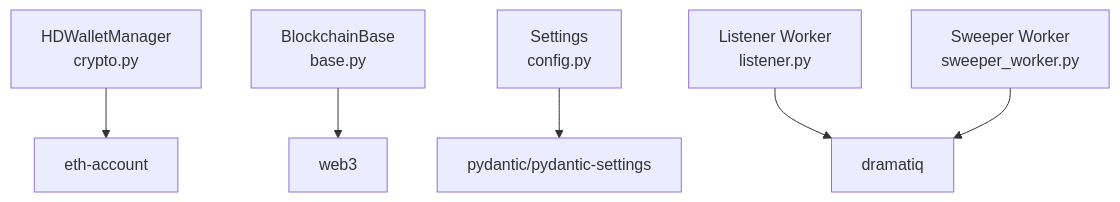
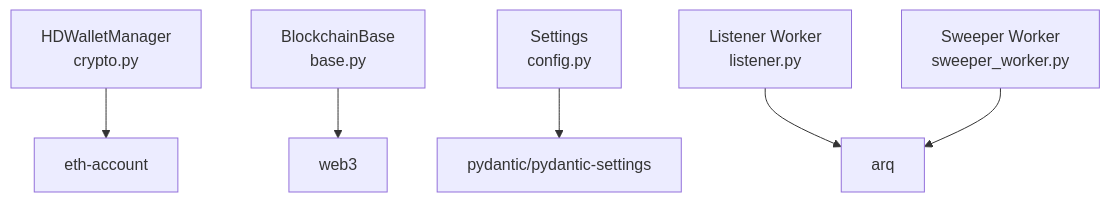
One commit to rakibhossain72/ctrip-docs changed the eighth of 8 diagrams in docs/security-considerations/hd-wallet-security.md. Above: the diagram before and after it, drawn with Mermaid. The commit also changed other lines of this file and 25 other files, not shown here.

First line of the commit message:
docs: Update documentation to reflect ARQ task migration from Dramatiq

````diff
--- a/docs/security-considerations/hd-wallet-security.md
+++ b/docs/security-considerations/hd-wallet-security.md
@@ -344,8 +344,8 @@
 ```mermaid
 graph TB
 Crypto["HDWalletManager<br/>crypto.py"] --> EthAccount["eth-account"]
 Base["BlockchainBase<br/>base.py"] --> Web3["web3"]
 Config["Settings<br/>config.py"] --> Pydantic["pydantic/pydantic-settings"]
-Listener["Listener Worker<br/>listener.py"] --> Dramatiq["dramatiq"]
-SweeperWorker["Sweeper Worker<br/>sweeper_worker.py"] --> Dramatiq
+Listener["Listener Worker<br/>listener.py"] --> ARQ["arq"]
+SweeperWorker["Sweeper Worker<br/>sweeper_worker.py"] --> ARQ
 ```
````
